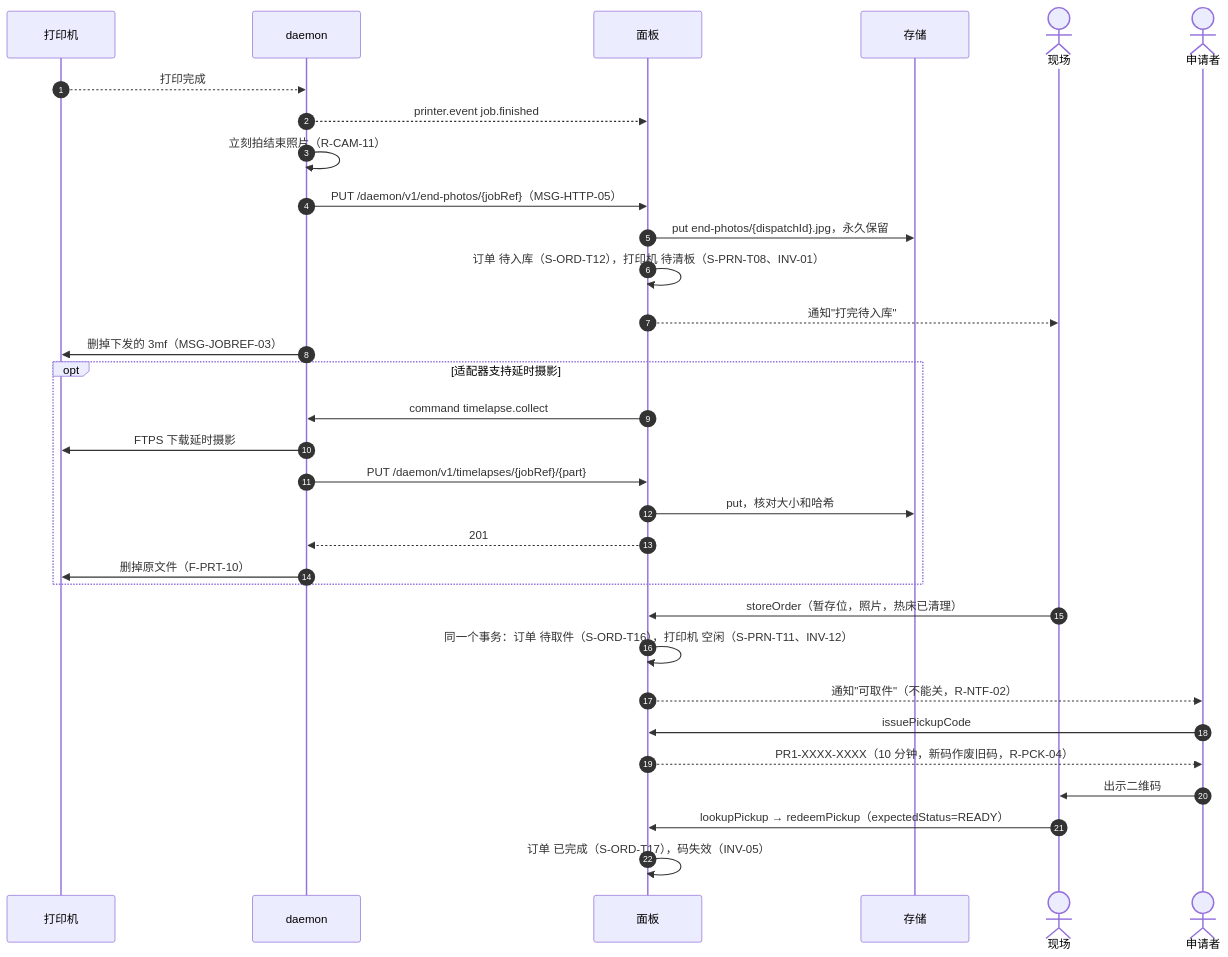
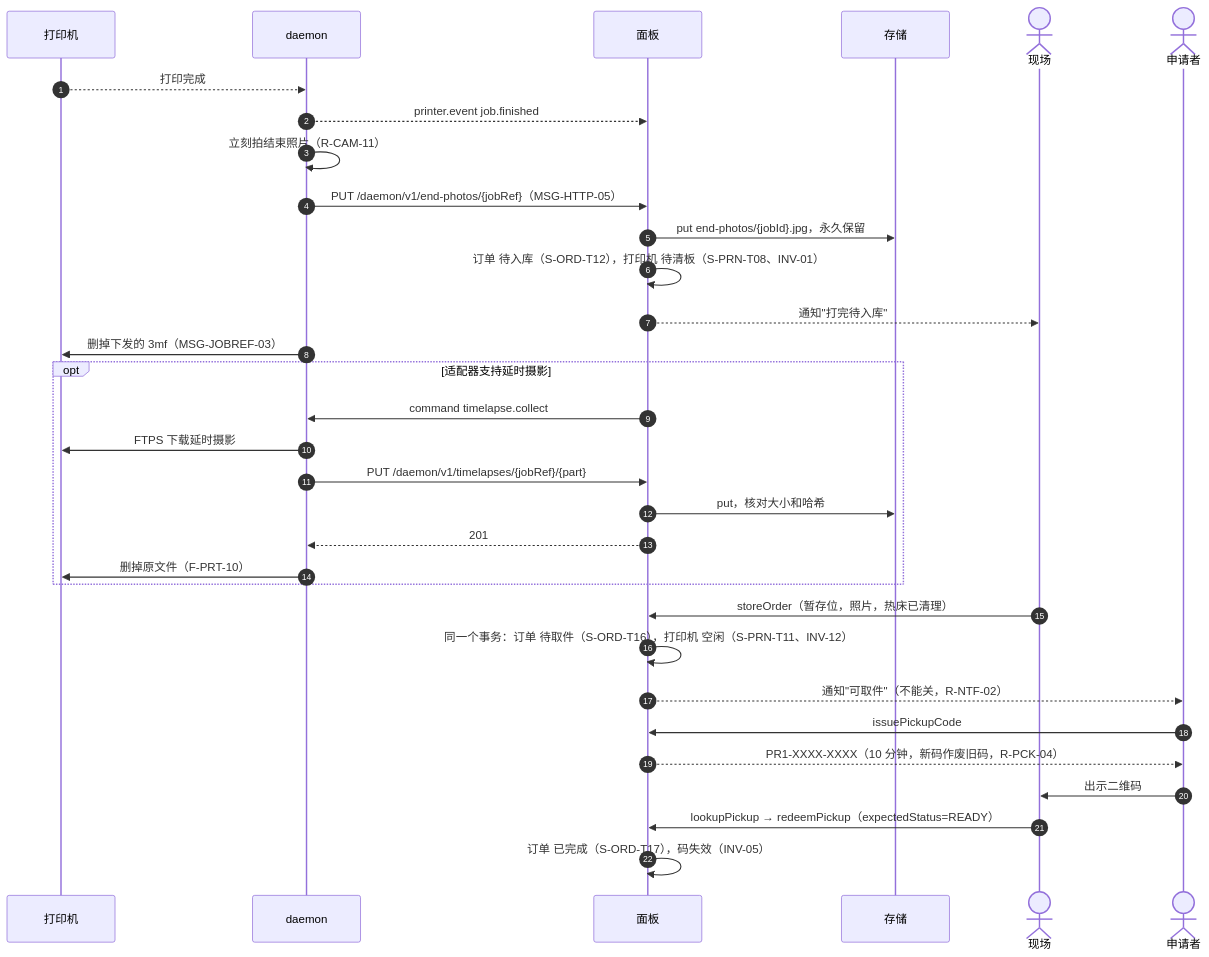
One commit to PlateRelay/PlateRelay changed the seventh of 11 diagrams in docs/design/03-sequences.md. Above: the diagram before and after it, drawn with Mermaid. The commit also changed other lines of this file, not shown here.

First line of the commit message:
docs(design): touch up print job steps in sequences

````diff
--- a/docs/design/03-sequences.md
+++ b/docs/design/03-sequences.md
@@ -279,34 +280,34 @@
 ```mermaid
 sequenceDiagram
   autonumber
   participant R as 打印机
   participant D as daemon
   participant P as 面板
   participant O as 存储
   actor S as 现场
   actor A as 申请者
   R-->>D: 打印完成
   D-->>P: printer.event job.finished
   D->>D: 立刻拍结束照片（R-CAM-11）
   D->>P: PUT /daemon/v1/end-photos/{jobRef}（MSG-HTTP-05）
-  P->>O: put end-photos/{dispatchId}.jpg，永久保留
+  P->>O: put end-photos/{jobId}.jpg，永久保留
   P->>P: 订单 待入库（S-ORD-T12），打印机 待清板（S-PRN-T08、INV-01）
   P-->>S: 通知"打完待入库"
   D->>R: 删掉下发的 3mf（MSG-JOBREF-03）
   opt 适配器支持延时摄影
     P->>D: command timelapse.collect
     D->>R: FTPS 下载延时摄影
     D->>P: PUT /daemon/v1/timelapses/{jobRef}/{part}
     P->>O: put，核对大小和哈希
     P-->>D: 201
     D->>R: 删掉原文件（F-PRT-10）
   end
   S->>P: storeOrder（暂存位，照片，热床已清理）
   P->>P: 同一个事务：订单 待取件（S-ORD-T16），打印机 空闲（S-PRN-T11、INV-12）
   P-->>A: 通知"可取件"（不能关，R-NTF-02）
   A->>P: issuePickupCode
   P-->>A: PR1-XXXX-XXXX（10 分钟，新码作废旧码，R-PCK-04）
   A->>S: 出示二维码
   S->>P: lookupPickup → redeemPickup（expectedStatus=READY）
   P->>P: 订单 已完成（S-ORD-T17），码失效（INV-05）
 ```
````
